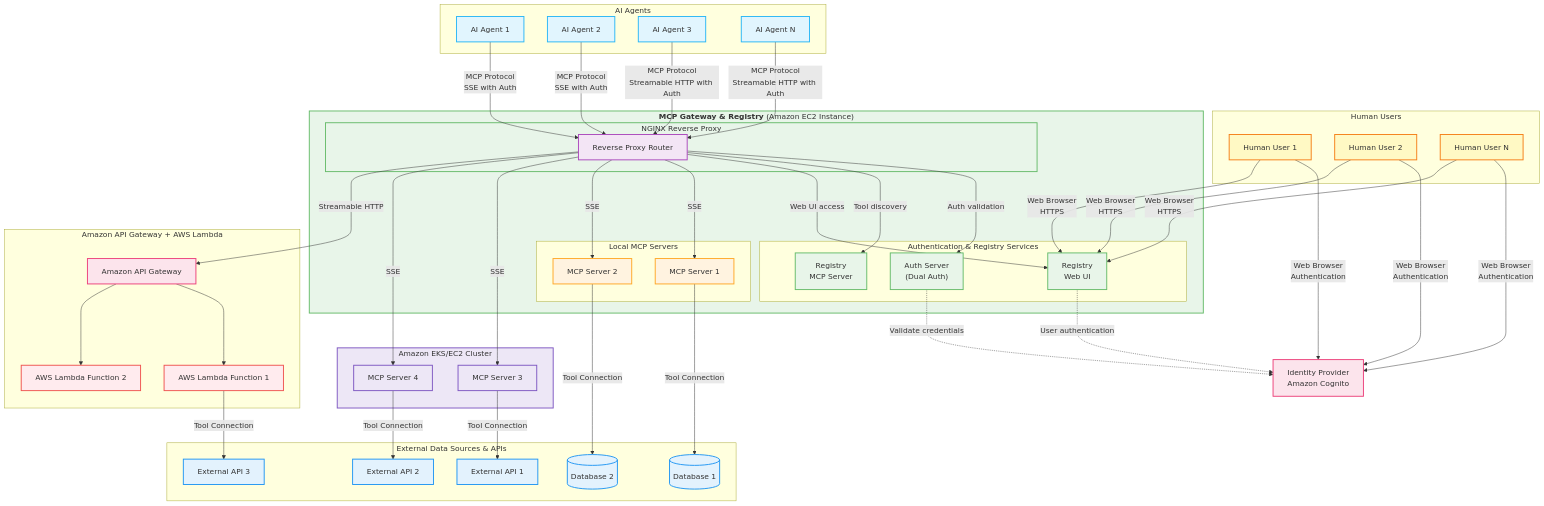
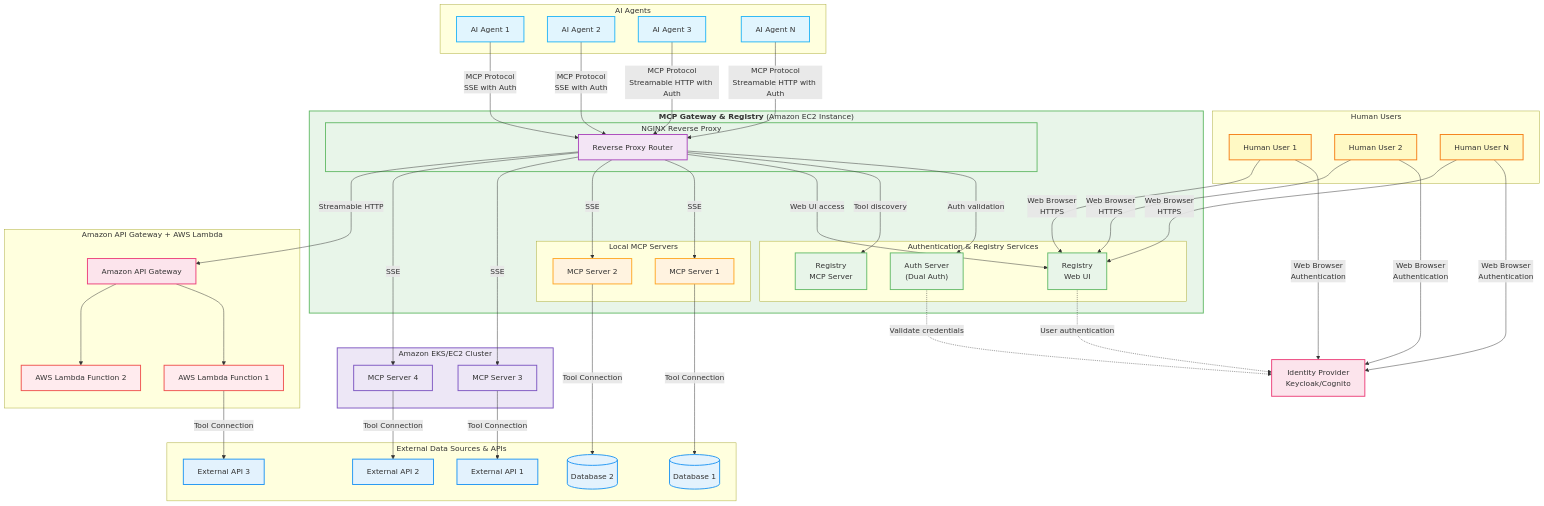
The diagram in README.md (ascending-llc/mcp-gateway-registry), drawn with Mermaid before and after one commit. The commit also changed other lines of this file and 46 other files, not shown here.

```diff
--- a/README.md
+++ b/README.md
@@ -133,7 +133,7 @@
     end
     
     %% Identity Provider
-    IdP[Identity Provider<br/>Amazon Cognito]
+    IdP[Identity Provider<br/>Keycloak/Cognito]
     
     subgraph EKS_Cluster["Amazon EKS/EC2 Cluster"]
         MCP_EKS1["MCP Server 3"]
```
